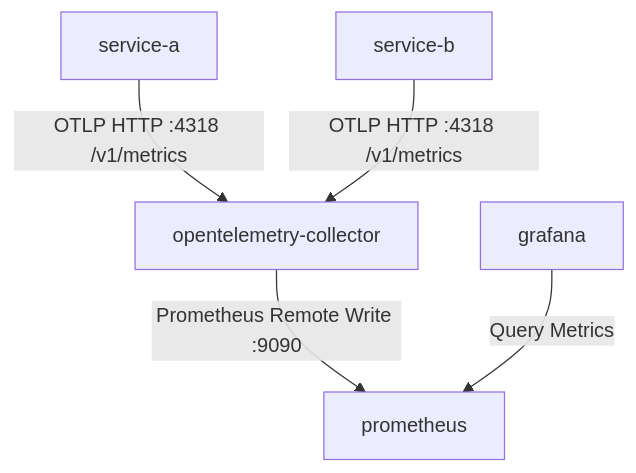
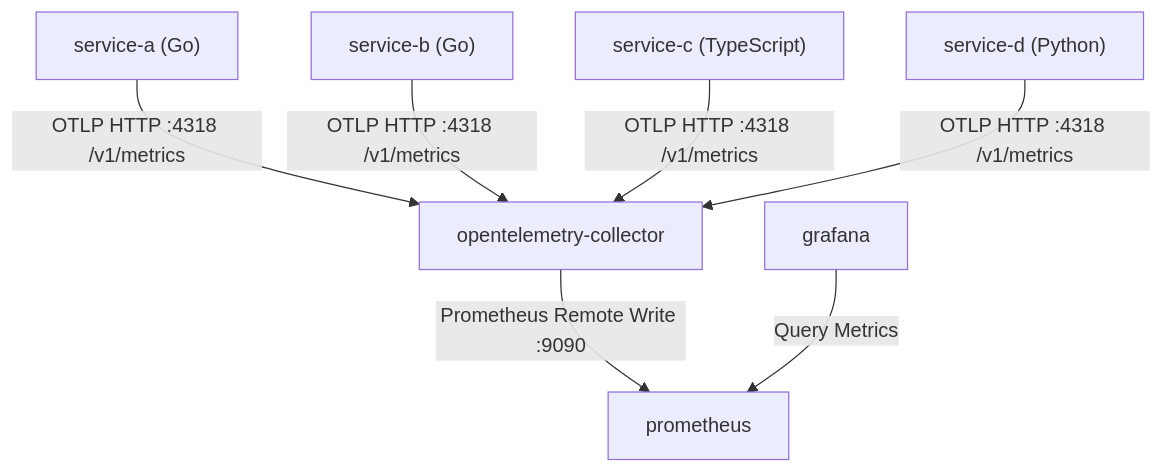
The diagram in metrics/README.md (prakrit55/monitoring-ops-stack), drawn with Mermaid before and after one commit. The commit also changed other lines of this file and 534 other files, not shown here.

````diff
--- a/metrics/README.md
+++ b/metrics/README.md
@@ -9,7 +9,9 @@
 ```mermaid
 graph TD
-    SA[service-a] -->|OTLP HTTP :4318 /v1/metrics| OC[opentelemetry-collector]
-    SB[service-b] -->|OTLP HTTP :4318 /v1/metrics| OC
+    SA["service-a (Go)"] -->|OTLP HTTP :4318 /v1/metrics| OC[opentelemetry-collector]
+    SB["service-b (Go)"] -->|OTLP HTTP :4318 /v1/metrics| OC
+    SC["service-c (TypeScript)"] -->|OTLP HTTP :4318 /v1/metrics| OC
+    SD["service-d (Python)"] -->|OTLP HTTP :4318 /v1/metrics| OC
     OC -->|Prometheus Remote Write :9090| P[prometheus]
     G[grafana] -->|Query Metrics| P
 ```
````
